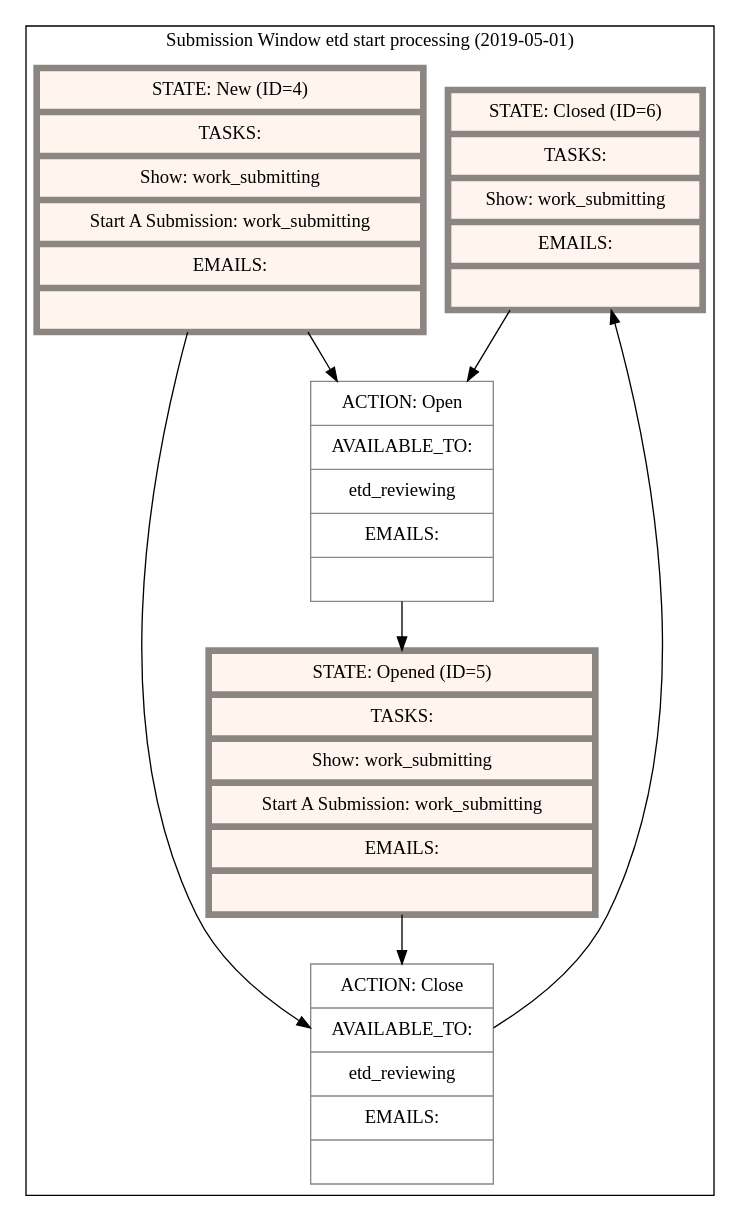
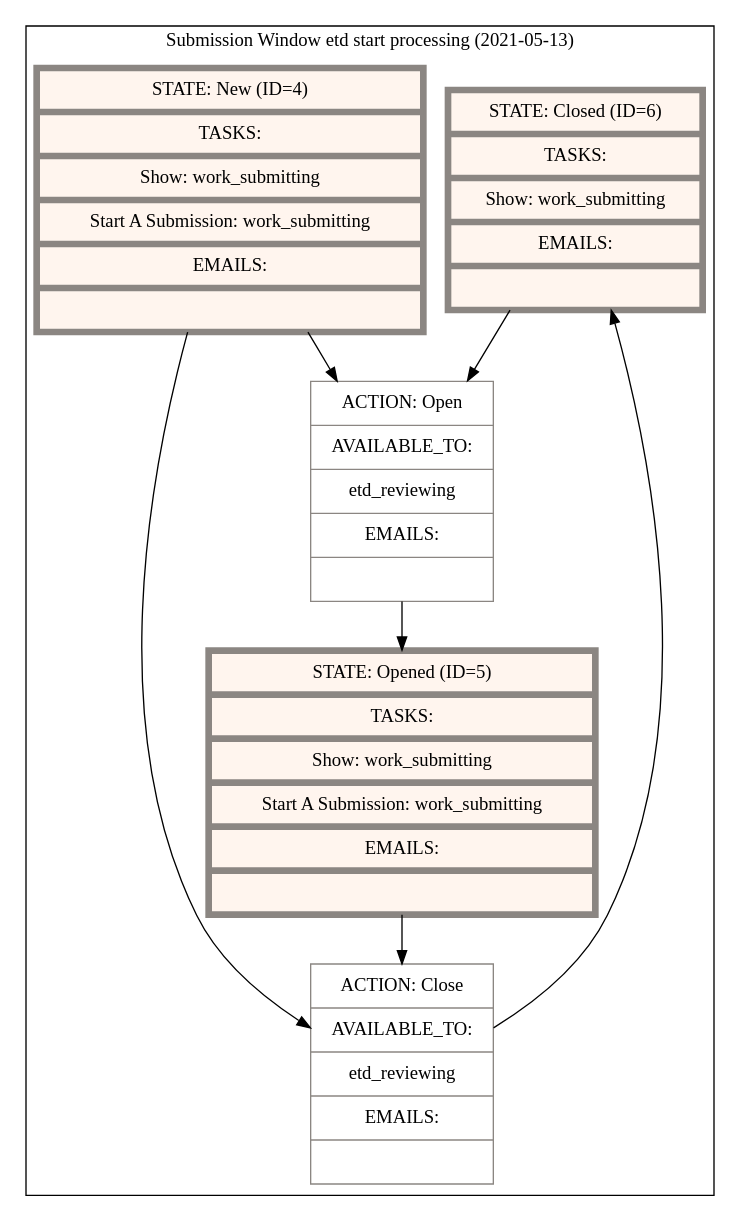
One commit to ndlib/sipity changed the diagram in artifacts/state_machines/submission_window_etd_start_processing.dot. Above: the diagram before and after it, drawn with Graphviz. The commit also changed 48 other files, not shown here.

```diff
--- a/artifacts/state_machines/submission_window_etd_start_processing.dot
+++ b/artifacts/state_machines/submission_window_etd_start_processing.dot
@@ -1,27 +1,27 @@
 digraph "G" {
   compound=true;
   node[color="grey15" margin="0.15, 0.125"];
   subgraph cluster_0 {
-    label="Submission Window etd start processing (2019-05-01)"
+    label="Submission Window etd start processing (2021-05-13)"
     node[style=filled fillcolor=white color="seashell4"]
     subgraph 0 {
       label="States";
       node[shape="record" fillcolor="seashell1" penwidth=5]
       state_closed [label="{ STATE: Closed (ID=6)| TASKS: | Show: work_submitting | EMAILS: |  }"]
       state_new [label="{ STATE: New (ID=4)| TASKS: | Show: work_submitting | Start A Submission: work_submitting | EMAILS: |  }"]
       state_opened [label="{ STATE: Opened (ID=5)| TASKS: | Show: work_submitting | Start A Submission: work_submitting | EMAILS: |  }"]
     }
     subgraph 1 {
       label="Actions"
       node[shape="record" shape=record penwidth=1]
         action_open [label="{ ACTION: Open | AVAILABLE_TO: | etd_reviewing | EMAILS: |  }"]
         action_close [label="{ ACTION: Close | AVAILABLE_TO: | etd_reviewing | EMAILS: |  }"]
     }
       state_closed -> action_open
       action_open -> state_opened
       state_new -> action_open
       state_new -> action_close
       action_close -> state_closed
       state_opened -> action_close
   }
 }
```
